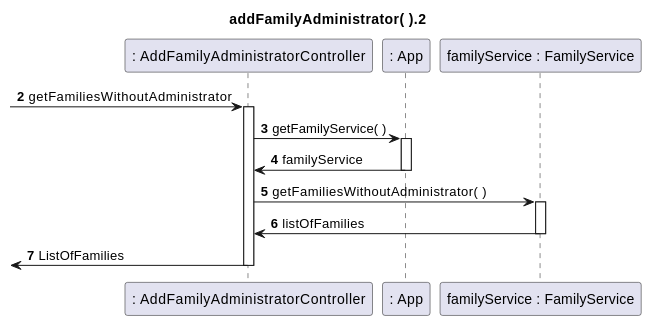
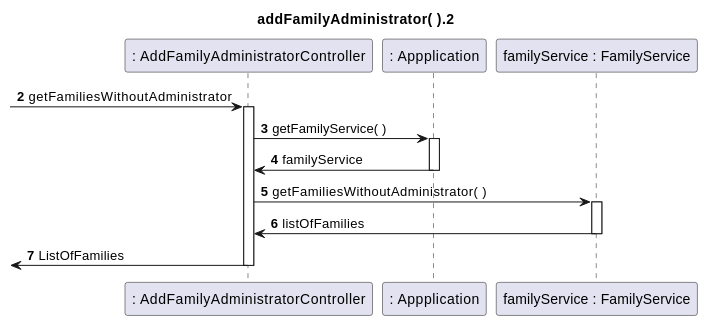
One commit to tomas-osswald/switch_2020_g3 changed the fourth of 7 diagrams in docs/sprint1/user_stories/US011_AddFamilyAdministrator.md. Above: the diagram before and after it, drawn with PlantUML. The commit also changed other lines of this file and 6 other files, not shown here.

````diff
--- a/docs/sprint1/user_stories/US011_AddFamilyAdministrator.md
+++ b/docs/sprint1/user_stories/US011_AddFamilyAdministrator.md
@@ -176,21 +176,21 @@
 ```puml
 autonumber 2
 title addFamilyAdministrator( ).2
 
 participant ": AddFamilyAdministratorController" as controller
-participant ": App" as app
+participant ": Appplication" as app
 participant "familyService : FamilyService" as familyService
 
 -> controller : getFamiliesWithoutAdministrator
 activate controller
 controller -> app : getFamilyService( )
 activate app
 app -> controller : familyService
 deactivate app
 controller -> familyService: getFamiliesWithoutAdministrator( )
 activate familyService
 familyService -> controller: listOfFamilies
 deactivate familyService
 <- controller : ListOfFamilies
 deactivate controller 
 ```
````
